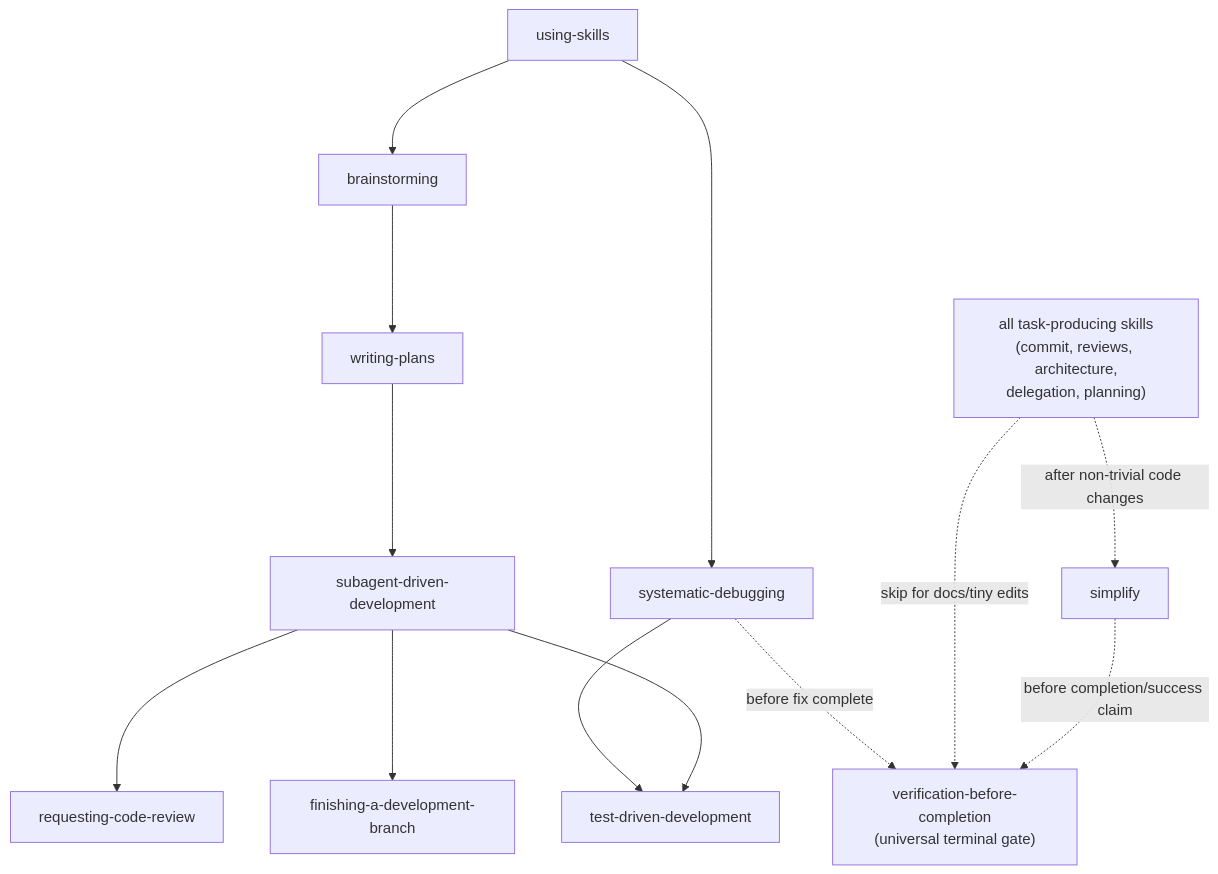
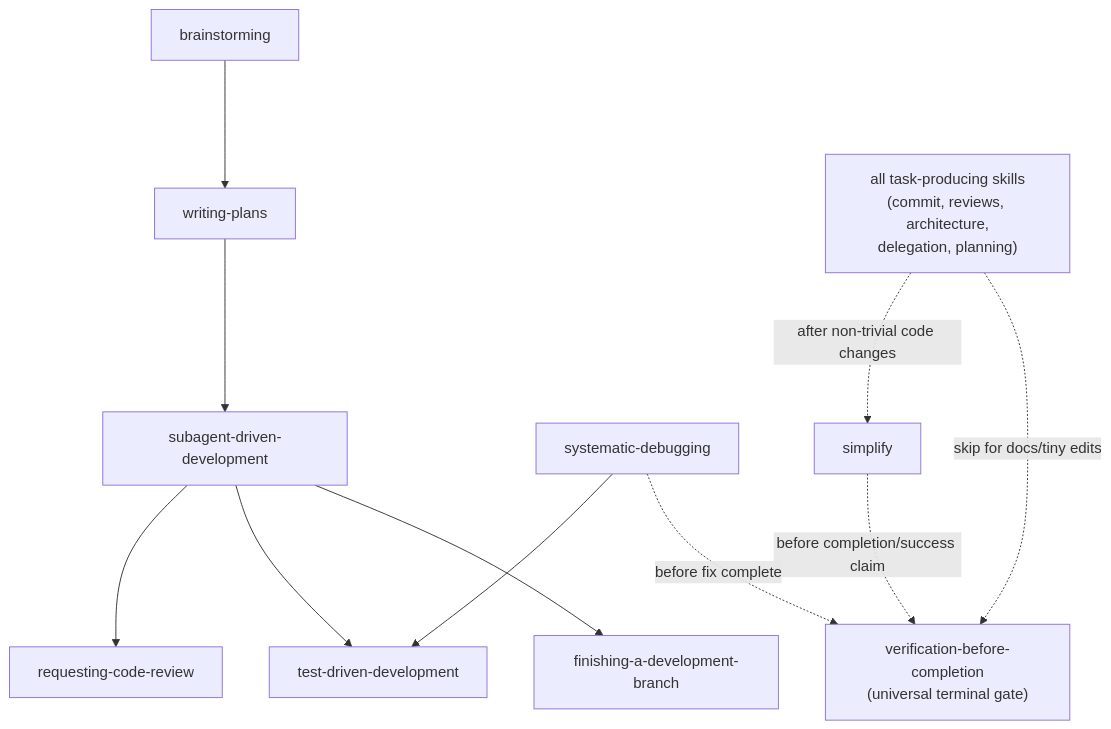
One commit to fgladisch/pi-skills changed the diagram in README.md. Above: the diagram before and after it, drawn with Mermaid. The commit also changed other lines of this file and 5 other files, not shown here.

Commit message:
🔥 remove: drop using-skills skill

````diff
--- a/README.md
+++ b/README.md
@@ -47,34 +46,29 @@
 ```mermaid
 %%{init: {'flowchart': {'nodeSpacing': 50, 'rankSpacing': 100}} }%%
 flowchart TB
-  US["using-skills"]
-
   B["brainstorming"]
   WP["writing-plans"]
   SDD["subagent-driven-development"]
   RCR["requesting-code-review"]
   TDD["test-driven-development"]
   FDB["finishing-a-development-branch"]
 
   SD["systematic-debugging"]
   SIM["simplify"]
   VBC["verification-before-completion<br/>(universal terminal gate)"]
   TASKS["all task-producing skills<br/>(commit, reviews, architecture,<br/>delegation, planning)"]
-
-  US --> B
-  US --> SD
 
   B --> WP
   WP --> SDD
 
   SDD --> RCR
   SDD --> TDD
   SDD --> FDB
 
   SD --> TDD
 
   TASKS -. "after non-trivial code changes" .-> SIM
   SIM -. "before completion/success claim" .-> VBC
   TASKS -. "skip for docs/tiny edits" .-> VBC
   SD -. "before fix complete" .-> VBC
 ```
````
